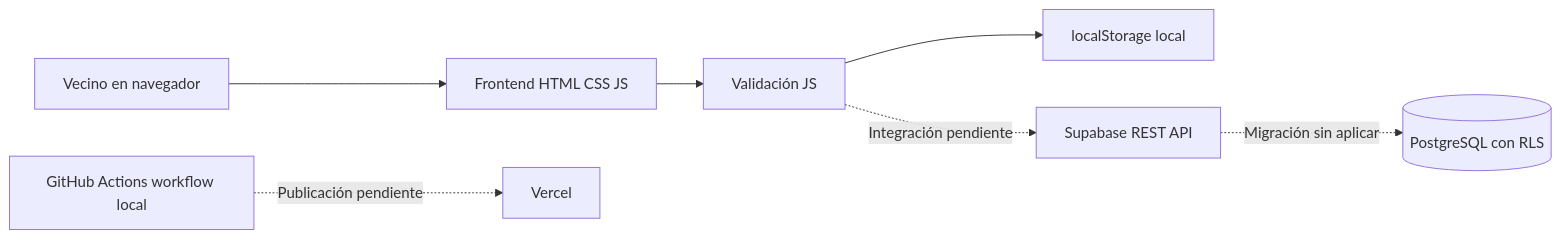
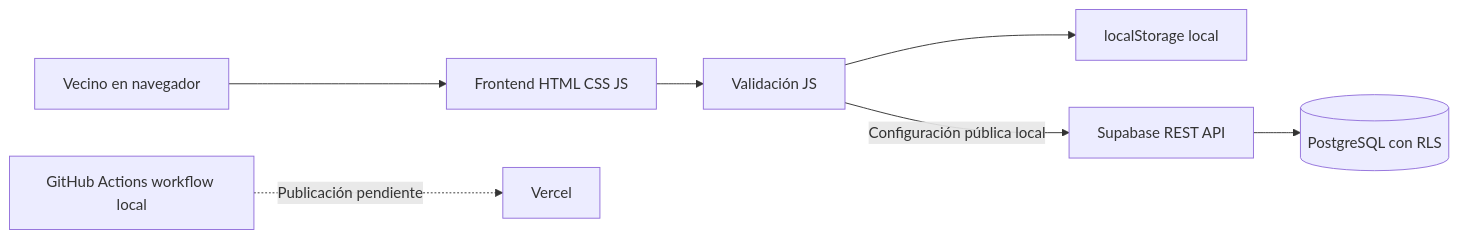
One commit to ann0912/pfc3-examen changed the diagram in docs/informe.md. Above: the diagram before and after it, drawn with Mermaid. The commit also changed other lines of this file and 3 other files, not shown here.

````diff
--- a/docs/informe.md
+++ b/docs/informe.md
@@ -54,9 +54,9 @@
 ```mermaid
 flowchart LR
   U[Vecino en navegador] --> F[Frontend HTML CSS JS]
   F --> V[Validación JS]
   V --> L[localStorage local]
-  V -. Integración pendiente .-> A[Supabase REST API]
-  A -. Migración sin aplicar .-> P[(PostgreSQL con RLS)]
+  V -- Configuración pública local --> A[Supabase REST API]
+  A --> P[(PostgreSQL con RLS)]
   G[GitHub Actions workflow local] -. Publicación pendiente .-> C[Vercel]
 ```
````
